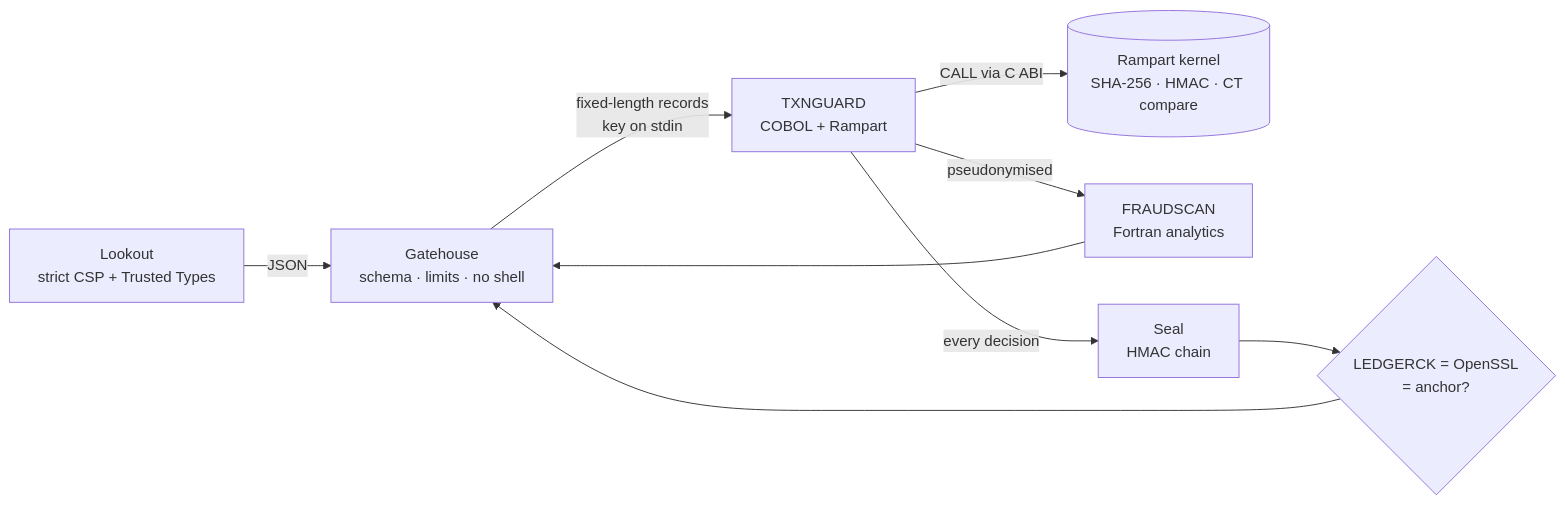
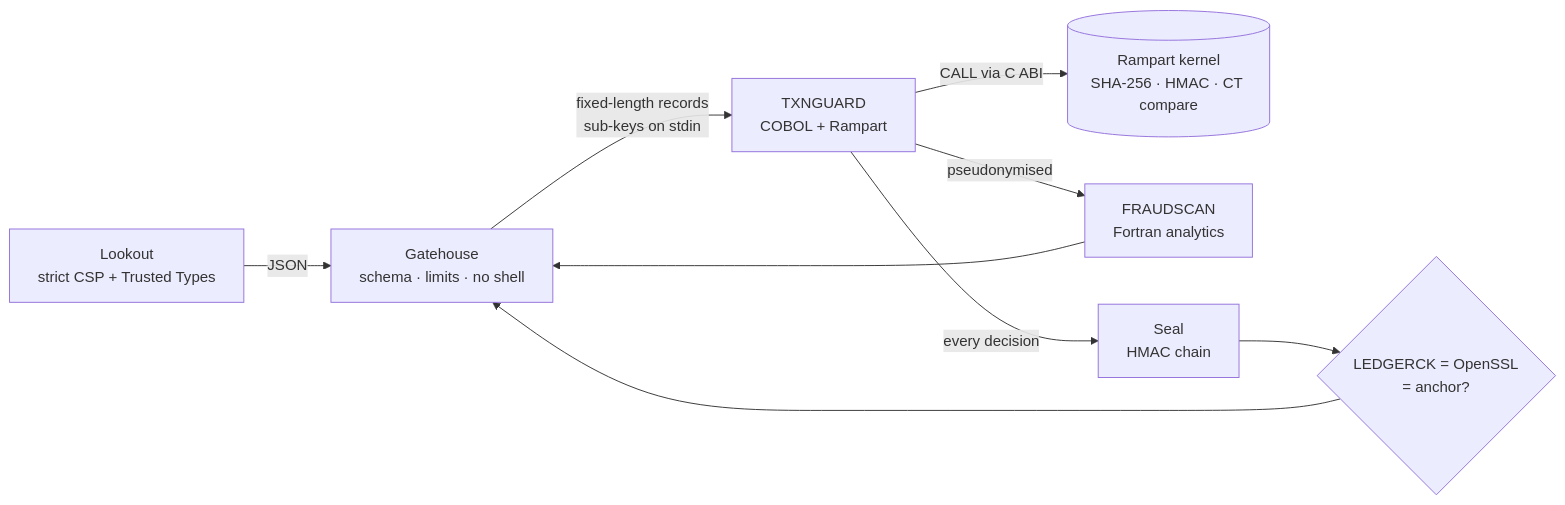
The diagram in README.md (Manuelma4/alcazar), drawn with Mermaid before and after one commit. The commit also changed other lines of this file and 16 other files, not shown here.

First line of the commit message:
Least-privilege keys: the master key never reaches a legacy program

````diff
--- a/README.md
+++ b/README.md
@@ -94,11 +94,11 @@
 ```mermaid
 flowchart LR
   B[Lookout<br/>strict CSP + Trusted Types] -->|JSON| G[Gatehouse<br/>schema · limits · no shell]
-  G -->|fixed-length records<br/>key on stdin| T[TXNGUARD<br/>COBOL + Rampart]
+  G -->|fixed-length records<br/>sub-keys on stdin| T[TXNGUARD<br/>COBOL + Rampart]
   T -->|CALL via C ABI| K[(Rampart kernel<br/>SHA-256 · HMAC · CT compare)]
   T -->|pseudonymised| F[FRAUDSCAN<br/>Fortran analytics]
   T -->|every decision| S[Seal<br/>HMAC chain]
   S --> V{LEDGERCK = OpenSSL<br/>= anchor?}
   F --> G
   V --> G
 ```
````
